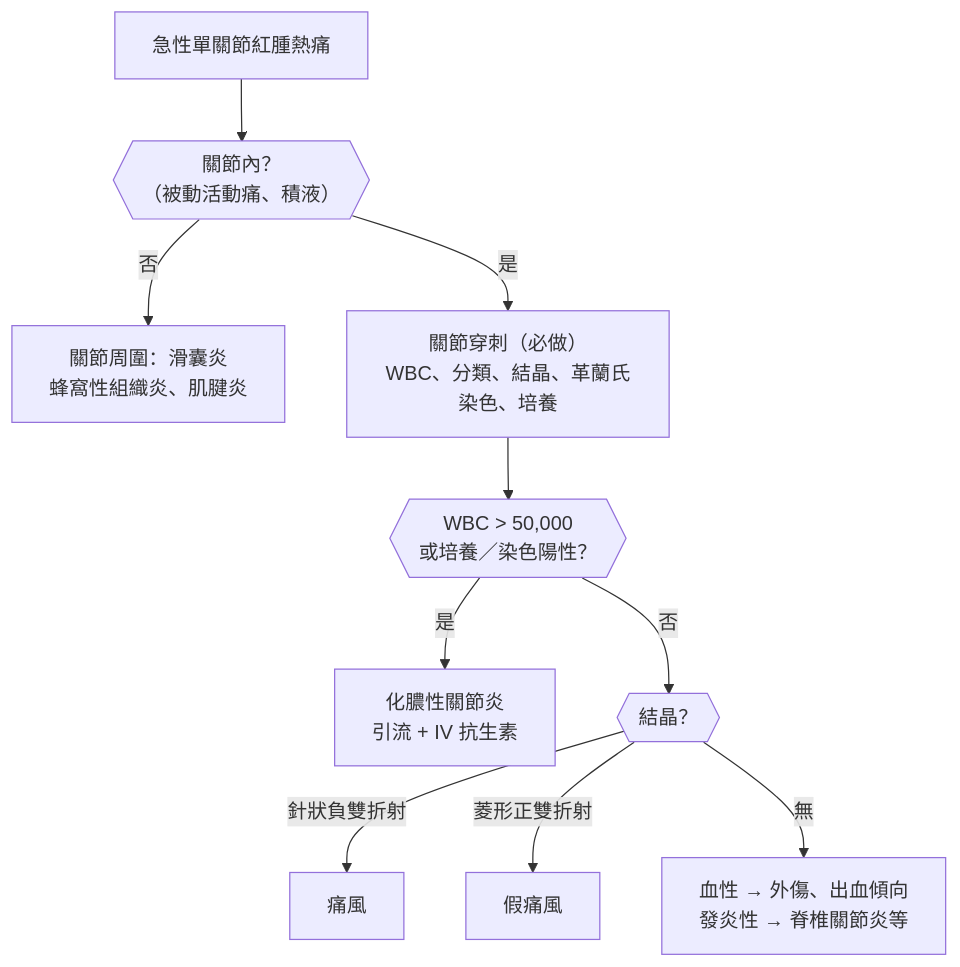
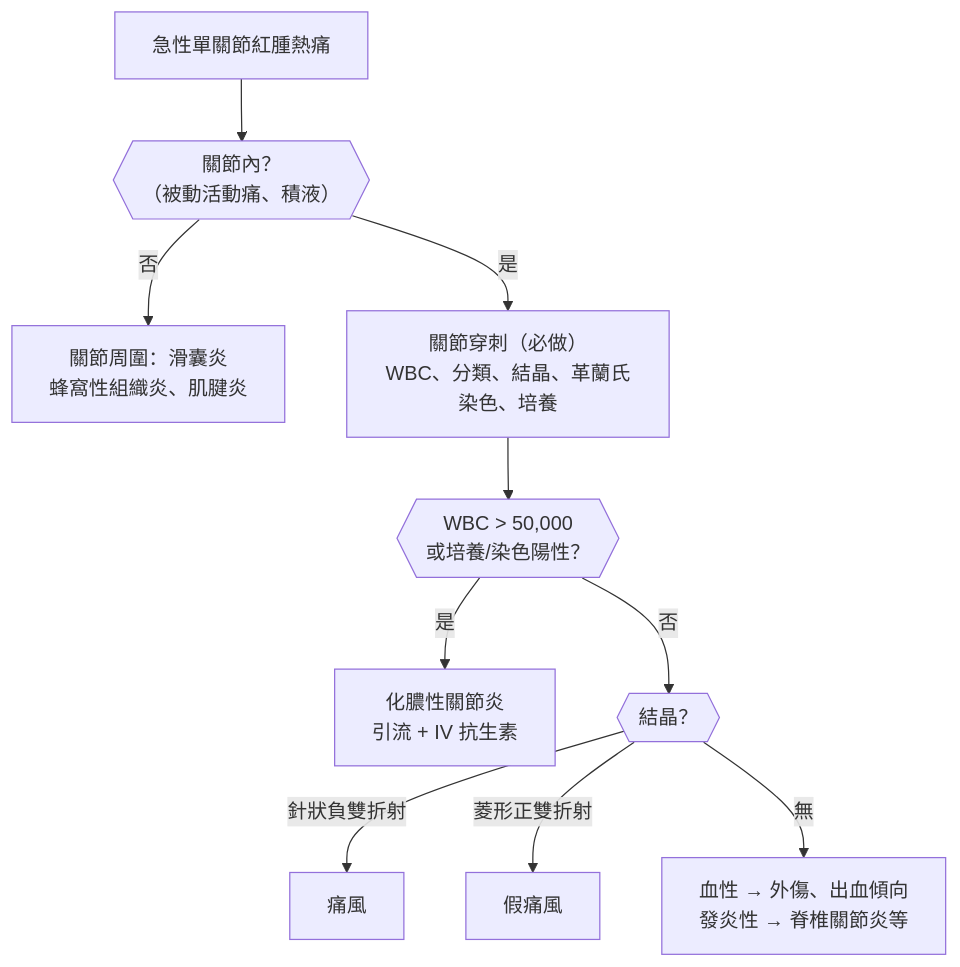
Before and after one commit to phantominor/phantomography: the first of 3 diagrams in frontend/content/clinical/complaints/musculoskeletal.md, drawn with Mermaid. The commit also changed other lines of this file and 31 other files, not shown here.

````diff
--- a/frontend/content/clinical/complaints/musculoskeletal.md
+++ b/frontend/content/clinical/complaints/musculoskeletal.md
@@ -86,12 +86,12 @@
 ```mermaid 急性單關節炎的評估
 flowchart TD
   A["急性單關節紅腫熱痛"]:::start --> B{{"關節內？<br/>（被動活動痛、積液）"}}
   B -->|"否"| C["關節周圍：滑囊炎<br/>蜂窩性組織炎、肌腱炎"]
   B -->|"是"| D["關節穿刺（必做）<br/>WBC、分類、結晶、革蘭氏染色、培養"]:::key
-  D --> E{{"WBC #62; 50,000<br/>或培養／染色陽性？"}}
+  D --> E{{"WBC #62; 50,000<br/>或培養/染色陽性？"}}
   E -->|"是"| F["化膿性關節炎<br/>引流 + IV 抗生素"]:::danger
   E -->|"否"| G{{"結晶？"}}
   G -->|"針狀負雙折射"| H["痛風"]
   G -->|"菱形正雙折射"| I["假痛風"]
   G -->|"無"| J["血性 → 外傷、出血傾向<br/>發炎性 → 脊椎關節炎等"]
 ```
````
